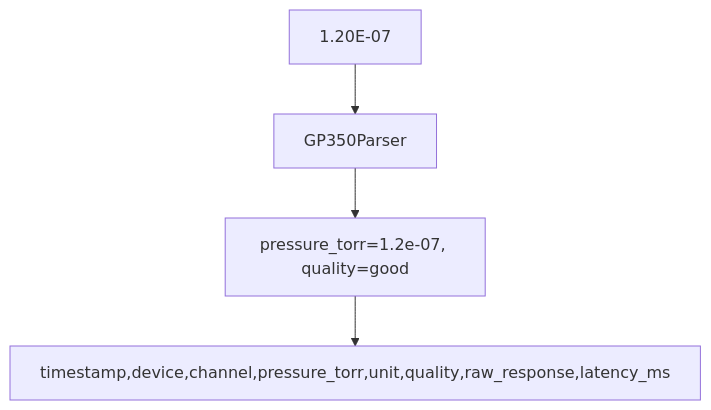
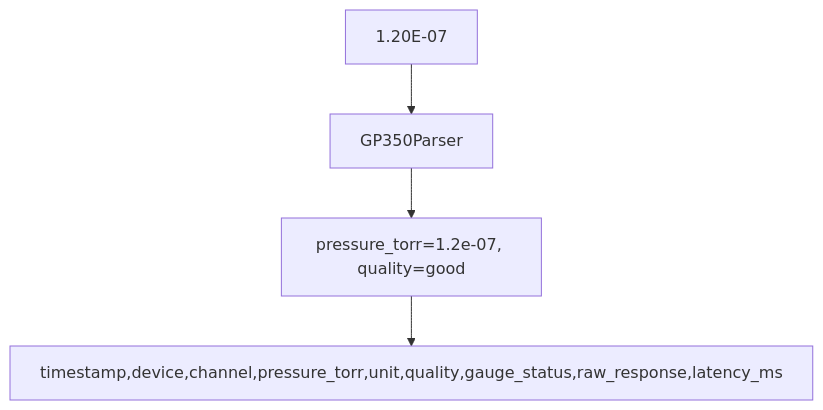
Before and after one commit to alphatra/vacuum-instrument-monitor: the third of 5 diagrams in docs/dzialanie.md, drawn with Mermaid. The commit also changed other lines of this file and 45 other files, not shown here.

````diff
--- a/docs/dzialanie.md
+++ b/docs/dzialanie.md
@@ -71,6 +71,6 @@
 ```mermaid
 flowchart TD
     Raw["1.20E-07"] --> Parser["GP350Parser"]
     Parser --> Reading["pressure_torr=1.2e-07, quality=good"]
-    Reading --> CSV["timestamp,device,channel,pressure_torr,unit,quality,raw_response,latency_ms"]
+    Reading --> CSV["timestamp,device,channel,pressure_torr,unit,quality,gauge_status,raw_response,latency_ms"]
 ```
````
